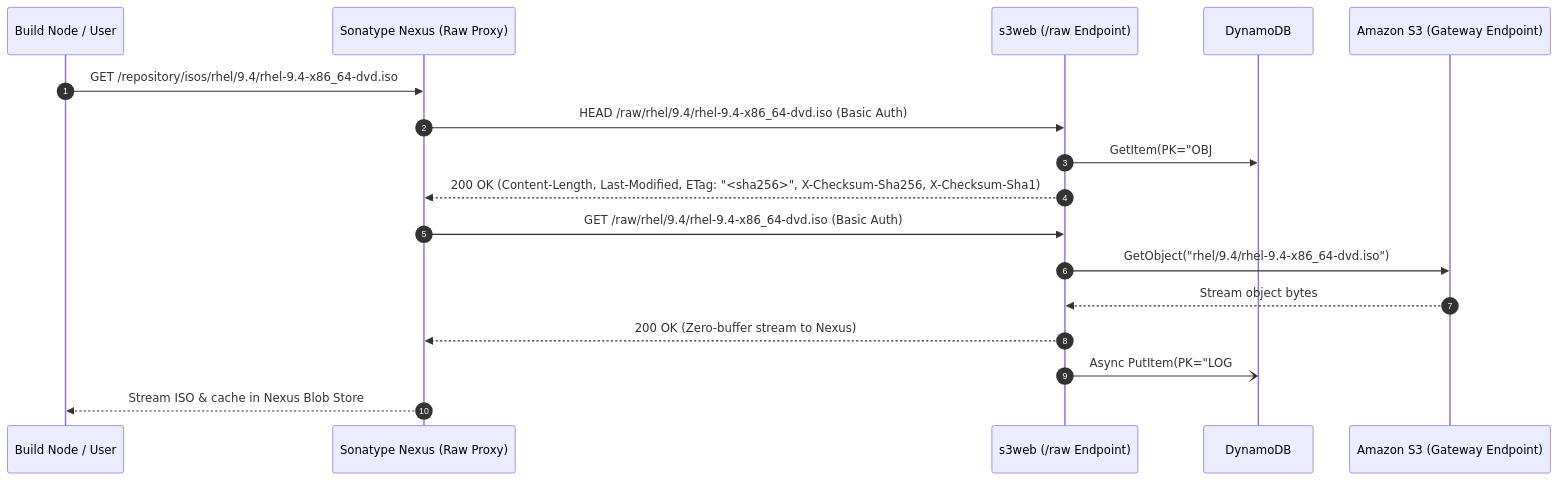
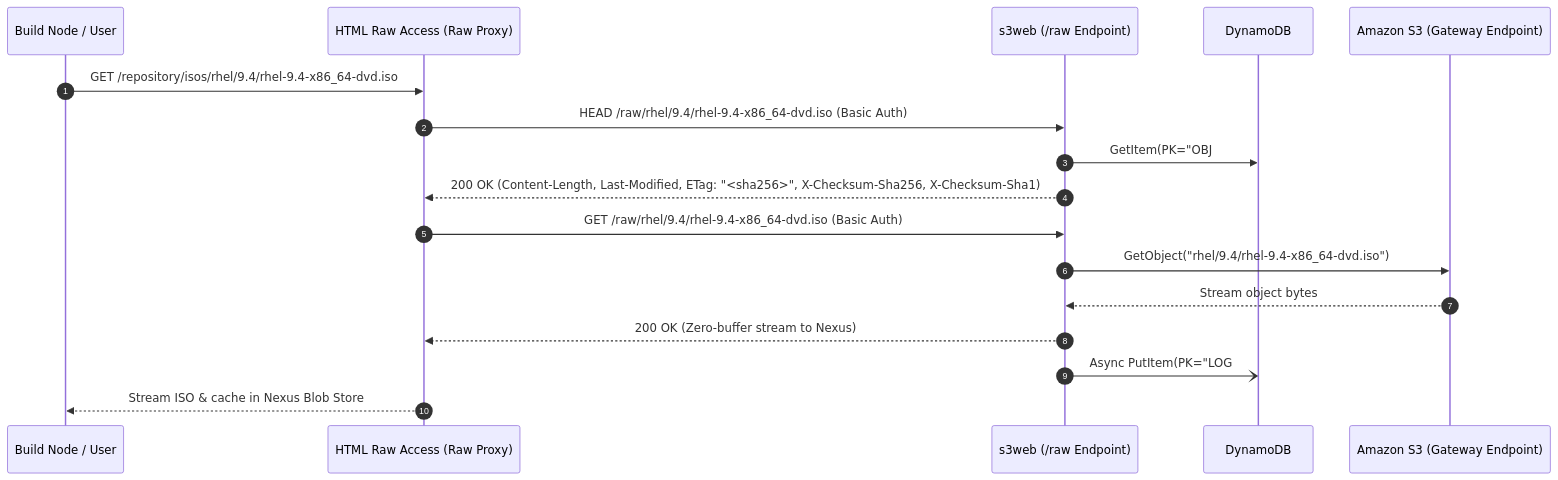
Before and after one commit to jamesbspencer/s3web: the second of 3 diagrams in DESIGN.md, drawn with Mermaid. The commit also changed other lines of this file and 15 other files, not shown here.

Commit message:
Update Artifact Browser tree view, tabbed Settings, multi-bucket/SSO/JWT support, and HTML Raw Access

````diff
--- a/DESIGN.md
+++ b/DESIGN.md
@@ -193,20 +193,20 @@
 ```mermaid
 sequenceDiagram
     autonumber
     participant User as Build Node / User
-    participant Nexus as Sonatype Nexus (Raw Proxy)
+    participant Nexus as HTML Raw Access (Raw Proxy)
     participant S3Web as s3web (/raw Endpoint)
     participant DDB as DynamoDB
     participant S3 as Amazon S3 (Gateway Endpoint)
 
     User->>Nexus: GET /repository/isos/rhel/9.4/rhel-9.4-x86_64-dvd.iso
     Nexus->>S3Web: HEAD /raw/rhel/9.4/rhel-9.4-x86_64-dvd.iso (Basic Auth)
     S3Web->>DDB: GetItem(PK="OBJ#rhel/9.4/rhel-9.4-x86_64-dvd.iso", SK="META")
     S3Web-->>Nexus: 200 OK (Content-Length, Last-Modified, ETag: "<sha256>", X-Checksum-Sha256, X-Checksum-Sha1)
     Nexus->>S3Web: GET /raw/rhel/9.4/rhel-9.4-x86_64-dvd.iso (Basic Auth)
     S3Web->>S3: GetObject("rhel/9.4/rhel-9.4-x86_64-dvd.iso")
     S3-->>S3Web: Stream object bytes
     S3Web-->>Nexus: 200 OK (Zero-buffer stream to Nexus)
-    S3Web-)DDB: Async PutItem(PK="LOG#rhel/9.4/rhel-9.4-x86_64-dvd.iso", Actor="svc-nexus-proxy", Action="DOWNLOAD")
+    S3Web-)DDB: Async PutItem(PK="LOG#rhel/9.4/rhel-9.4-x86_64-dvd.iso", Actor="svc-raw-access", Action="DOWNLOAD")
     Nexus-->>User: Stream ISO & cache in Nexus Blob Store
 ```
````
